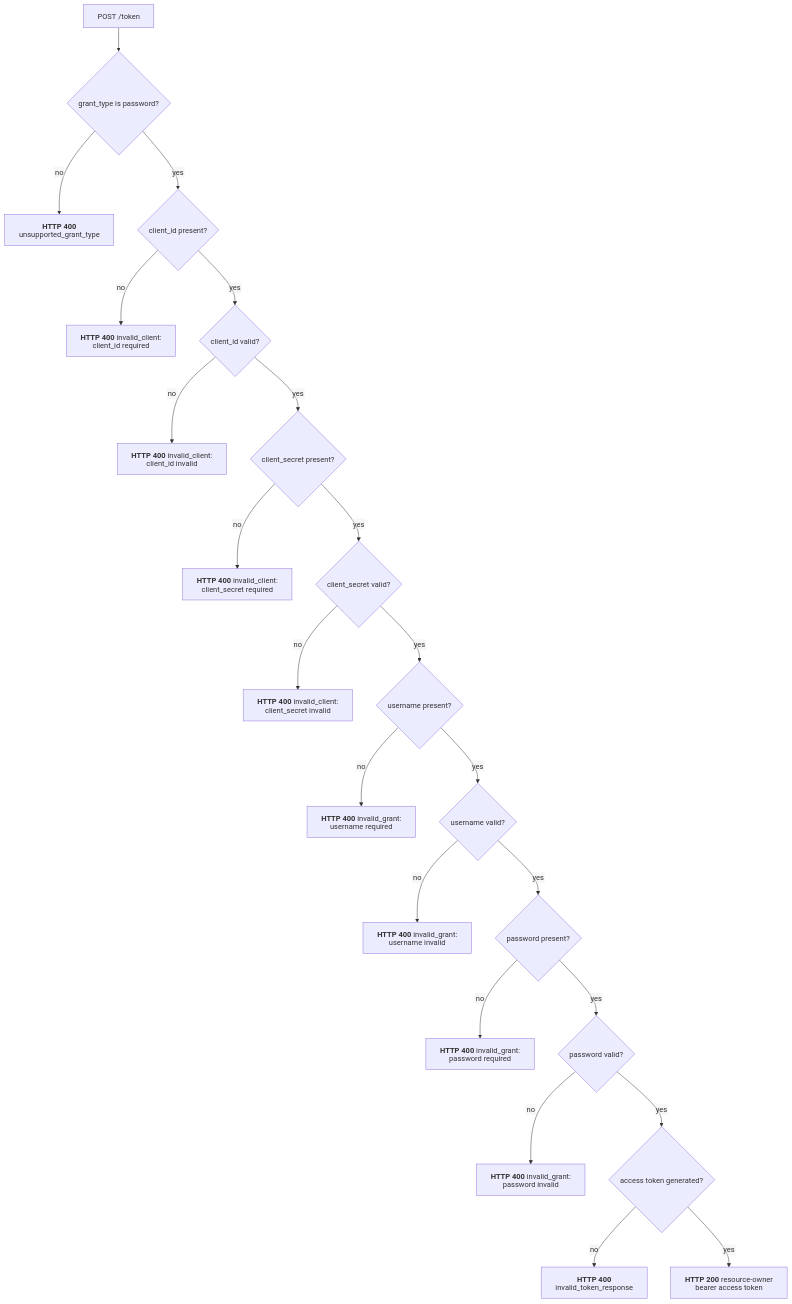
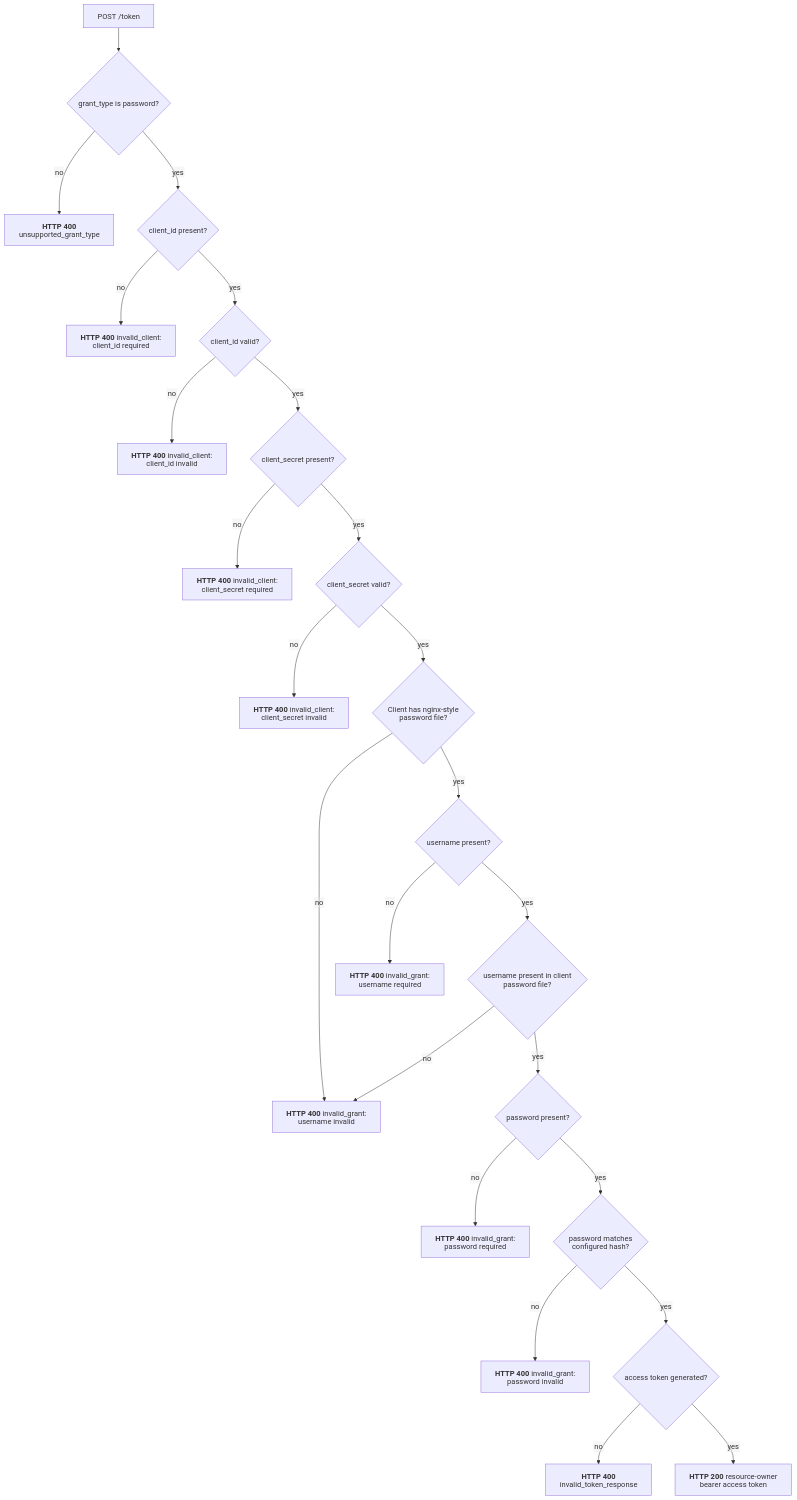
Before and after one commit to malach-it/kagome: the diagram in docs/flows/oauth/resource_owner_password_credentials.mmd, drawn with Mermaid. The commit also changed 26 other files, not shown here.

Commit message:
feat: add per-client nginx password files

```diff
--- a/docs/flows/oauth/resource_owner_password_credentials.mmd
+++ b/docs/flows/oauth/resource_owner_password_credentials.mmd
@@ -1,23 +1,25 @@
 %%{init: {"htmlLabels": false, "flowchart": {"htmlLabels": false}}}%%
 flowchart TD
     start[POST /token] --> grant{grant_type is password?}
     grant -- no --> unsupported["`**HTTP 400** unsupported_grant_type`"]
     grant -- yes --> client_id{client_id present?}
     client_id -- no --> missing_client["`**HTTP 400** invalid_client: client_id required`"]
     client_id -- yes --> client_valid{client_id valid?}
     client_valid -- no --> invalid_client["`**HTTP 400** invalid_client: client_id invalid`"]
     client_valid -- yes --> secret{client_secret present?}
     secret -- no --> missing_secret["`**HTTP 400** invalid_client: client_secret required`"]
     secret -- yes --> secret_valid{client_secret valid?}
     secret_valid -- no --> invalid_secret["`**HTTP 400** invalid_client: client_secret invalid`"]
-    secret_valid -- yes --> username{username present?}
+    secret_valid -- yes --> password_file{Client has nginx-style password file?}
+    password_file -- no --> invalid_username
+    password_file -- yes --> username{username present?}
     username -- no --> missing_username["`**HTTP 400** invalid_grant: username required`"]
-    username -- yes --> username_valid{username valid?}
+    username -- yes --> username_valid{username present in client password file?}
     username_valid -- no --> invalid_username["`**HTTP 400** invalid_grant: username invalid`"]
     username_valid -- yes --> password{password present?}
     password -- no --> missing_password["`**HTTP 400** invalid_grant: password required`"]
-    password -- yes --> password_valid{password valid?}
+    password -- yes --> password_valid{password matches configured hash?}
     password_valid -- no --> invalid_password["`**HTTP 400** invalid_grant: password invalid`"]
     password_valid -- yes --> generate{access token generated?}
     generate -- no --> generation_error["`**HTTP 400** invalid_token_response`"]
     generate -- yes --> success["`**HTTP 200** resource-owner bearer access token`"]
```
